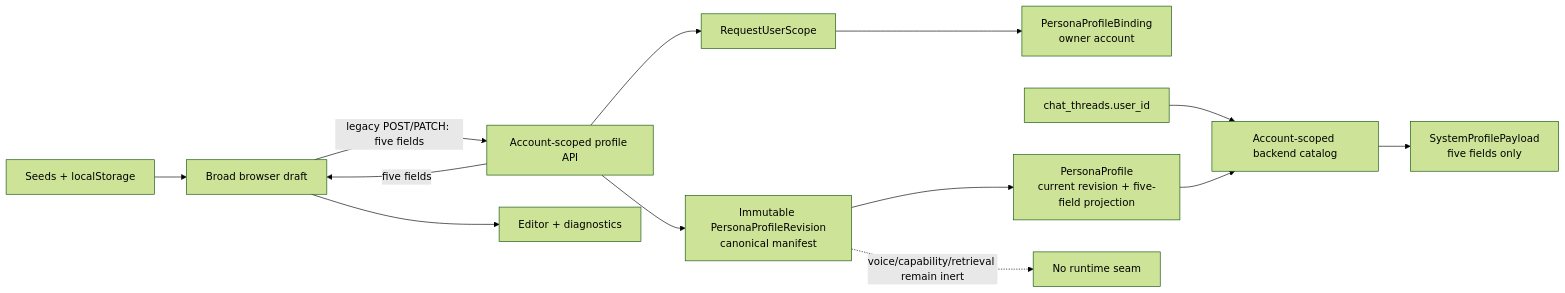
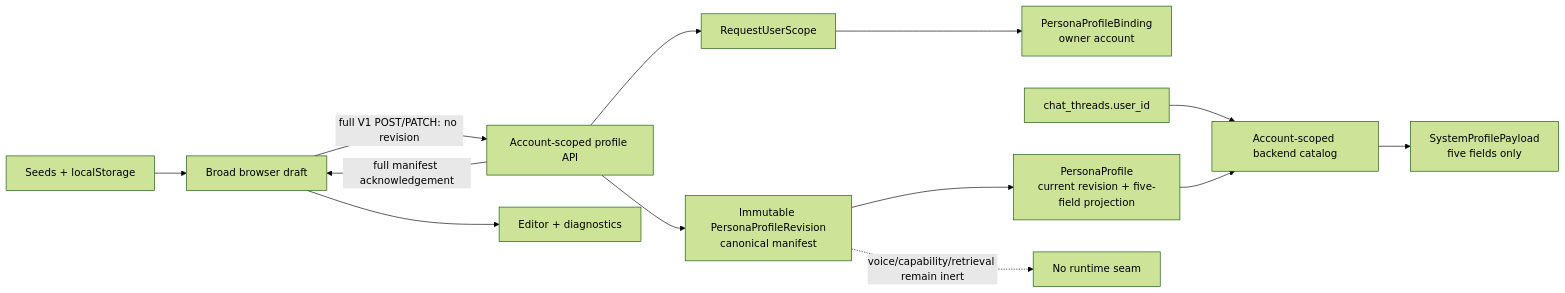
Before and after one commit to Resonant-Jones/Codexify: the second of 3 diagrams in docs/architecture/persona-studio.md, drawn with Mermaid (forest theme). The commit also changed other lines of this file and 5 other files, not shown here.

````diff
--- a/docs/architecture/persona-studio.md
+++ b/docs/architecture/persona-studio.md
@@ -291,15 +330,15 @@
 ```mermaid
 flowchart LR
     A["Seeds + localStorage"] --> B["Broad browser draft"]
-    C["Account-scoped profile API"] -->|"five fields"| B
+    C["Account-scoped profile API"] -->|"full manifest acknowledgement"| B
     B --> D["Editor + diagnostics"]
-    B -->|"legacy POST/PATCH: five fields"| C
+    B -->|"full V1 POST/PATCH: no revision"| C
     C --> E["RequestUserScope"]
     E --> F["PersonaProfileBinding<br/>owner account"]
     C --> G["Immutable PersonaProfileRevision<br/>canonical manifest"]
     G --> H["PersonaProfile<br/>current revision + five-field projection"]
     I["chat_threads.user_id"] --> J["Account-scoped backend catalog"]
     H --> J
     J --> K["SystemProfilePayload<br/>five fields only"]
     G -. "voice/capability/retrieval remain inert" .-> L["No runtime seam"]
 ```
````
